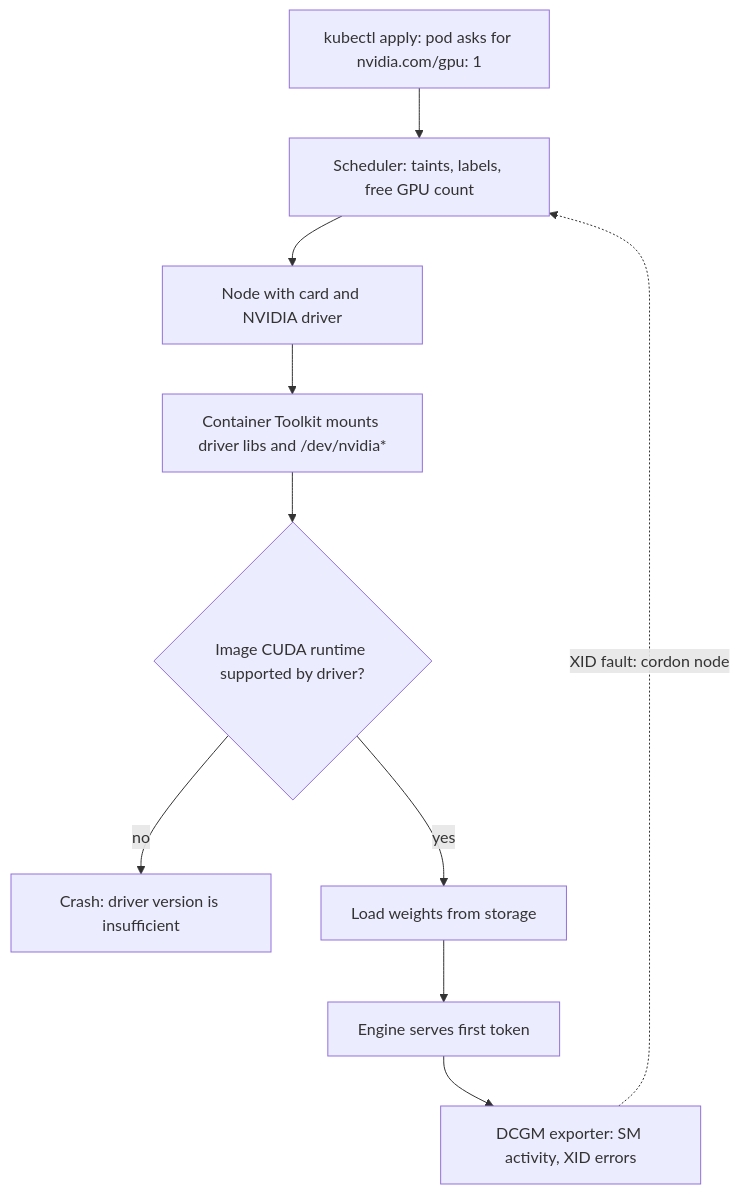
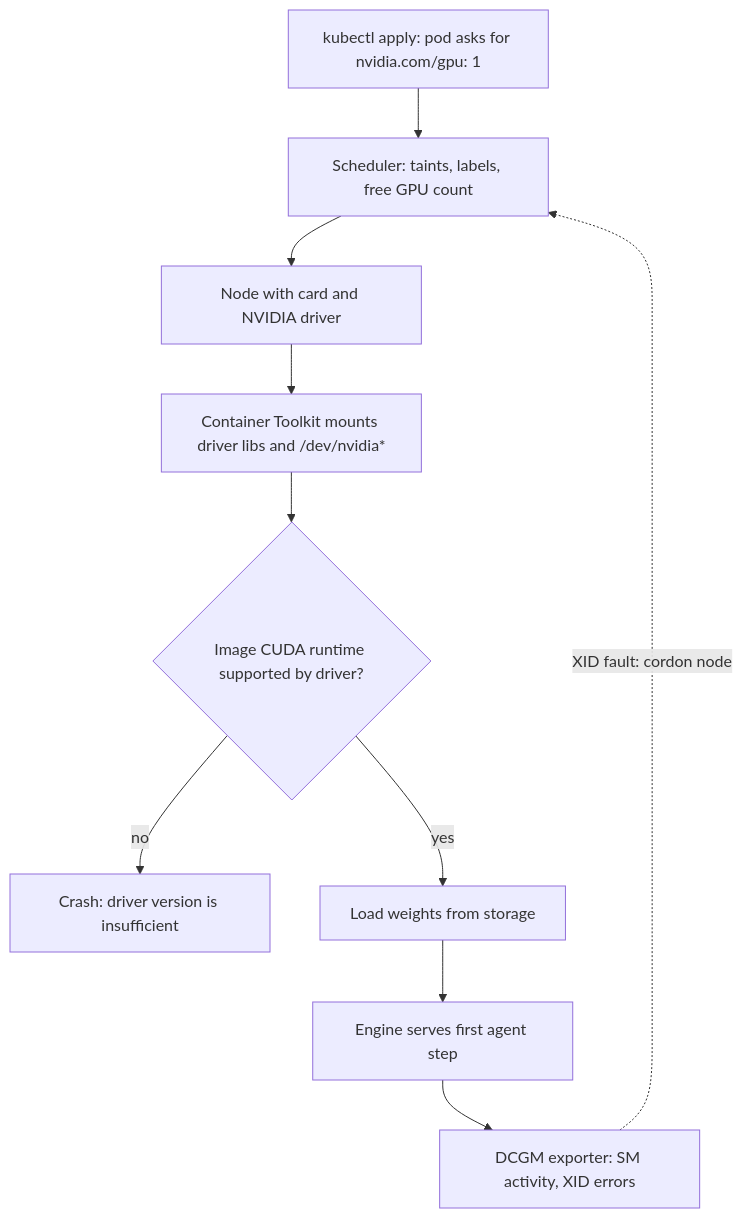
One commit to lovishmahajan97/agentic-learning changed the diagram in content/infra-capacity-economics/gpu-infrastructure.md. Above: the diagram before and after it, drawn with Mermaid. The commit also changed other lines of this file and 266 other files, not shown here.

````diff
--- a/content/infra-capacity-economics/gpu-infrastructure.md
+++ b/content/infra-capacity-economics/gpu-infrastructure.md
@@ -149,12 +172,12 @@
 ```mermaid
 flowchart TD
     A["kubectl apply: pod asks for nvidia.com/gpu: 1"] --> B["Scheduler: taints, labels, free GPU count"]
     B --> C["Node with card and NVIDIA driver"]
     C --> D["Container Toolkit mounts driver libs and /dev/nvidia*"]
     D --> E{"Image CUDA runtime supported by driver?"}
     E -->|"no"| F["Crash: driver version is insufficient"]
     E -->|"yes"| G["Load weights from storage"]
-    G --> H["Engine serves first token"]
+    G --> H["Engine serves first agent step"]
     H --> I["DCGM exporter: SM activity, XID errors"]
     I -.->|"XID fault: cordon node"| B
 ```
````
